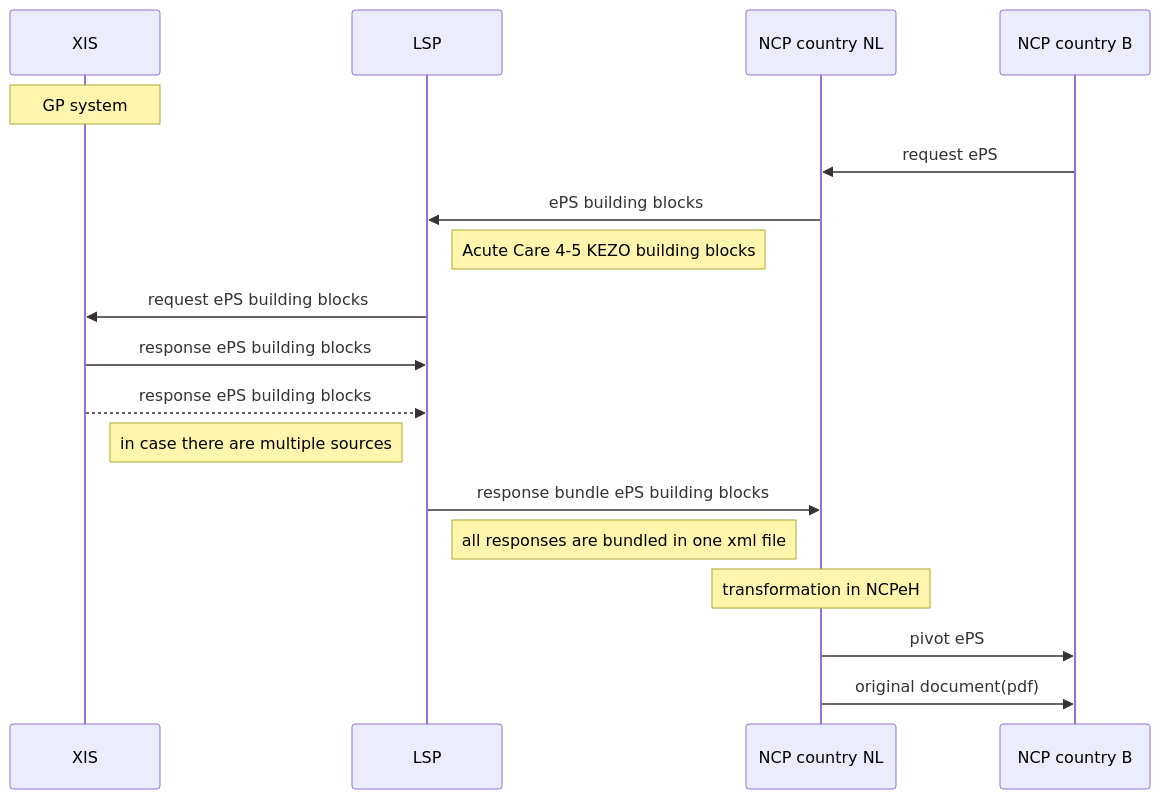
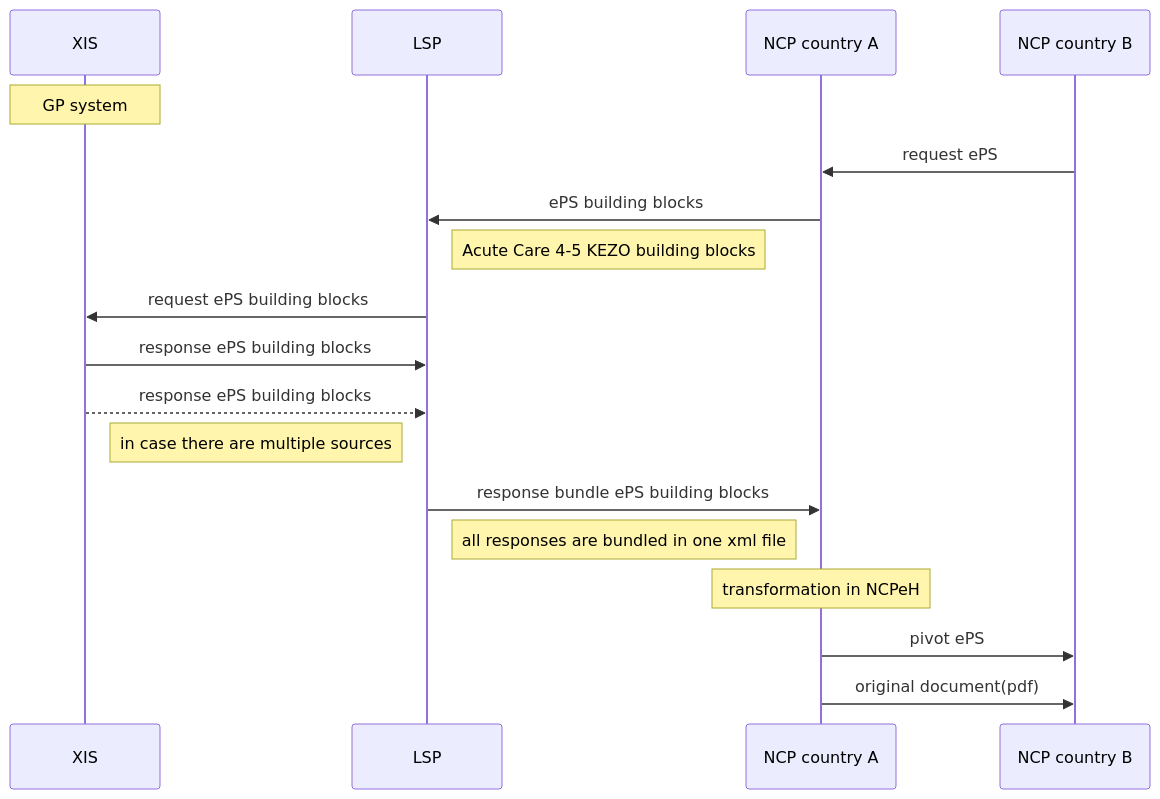
The first of 2 diagrams in voorbeeldDiagram.md (Duometis/overbrugging), drawn with Mermaid before and after one commit. The commit also changed other lines of this file, not shown here.

````diff
--- a/voorbeeldDiagram.md
+++ b/voorbeeldDiagram.md
@@ -4,20 +4,20 @@
 ```mermaid
 sequenceDiagram
 Note over XIS: GP system
     participant XIS
     participant LSP
-    participant A as NCP country NL
+    participant A as NCP country A
     participant B as NCP country B
     B->>A: request ePS
     A->>LSP: ePS building blocks
 Note right of LSP: Acute Care 4-5 KEZO building blocks
     LSP->>XIS: request ePS building blocks
     XIS->>LSP: response ePS building blocks
 XIS-->>LSP: response ePS building blocks
 Note right of XIS: in case there are multiple sources
     LSP->>A: response bundle ePS building blocks
 Note right of LSP: all responses are bundled in one xml file
 Note over A: transformation in NCPeH
 A->>B: pivot ePS
     A->>B: original document(pdf)
 ```
````
